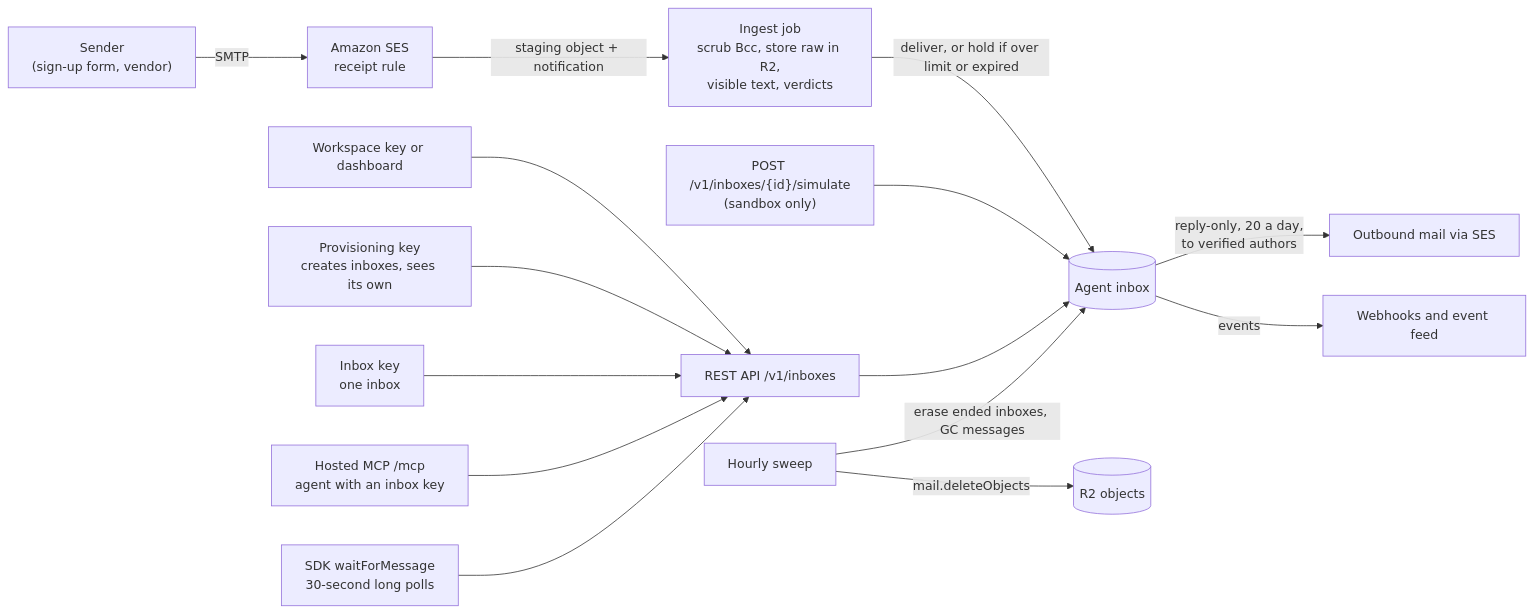
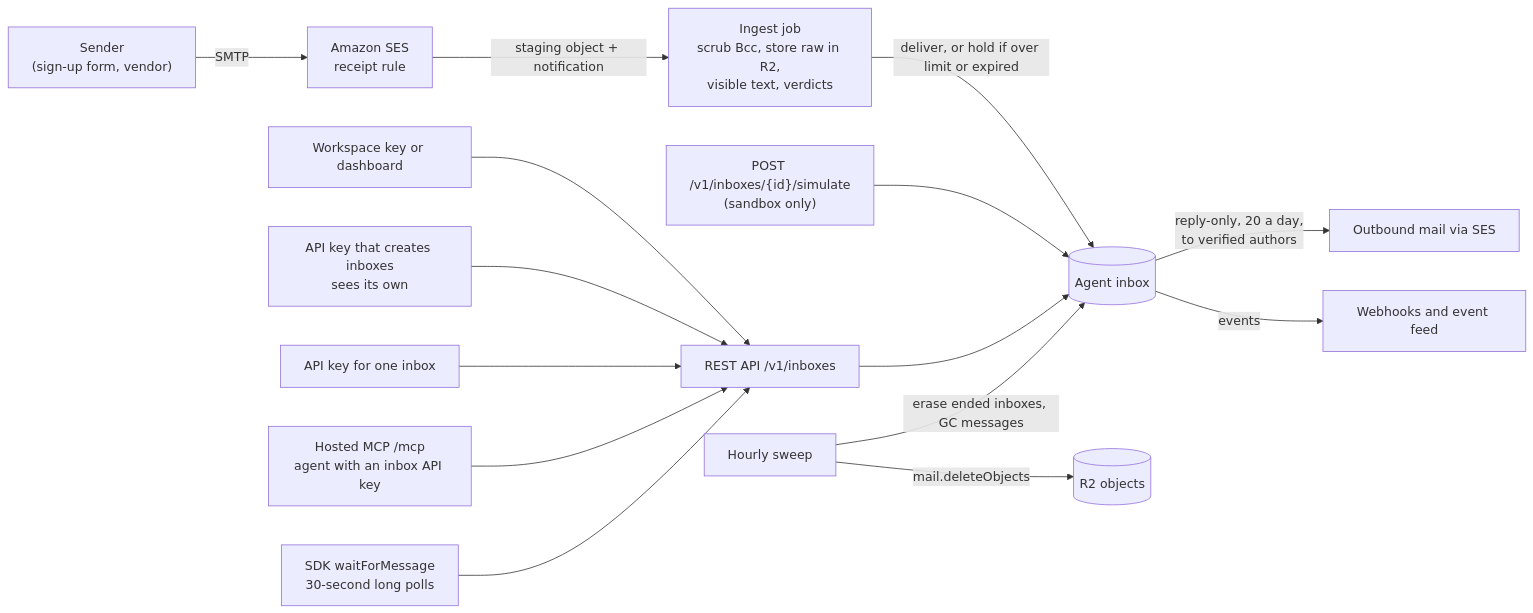
One commit to anomalyco/bane changed the second of 3 diagrams in docs/inboxes.md. Above: the diagram before and after it, drawn with Mermaid. The commit also changed other lines of this file and 9 other files, not shown here.

First line of the commit message:
Docs: three credentials (API key, agent token, app password) instead of inbound, inbox and provisioning keys

````diff
--- a/docs/inboxes.md
+++ b/docs/inboxes.md
@@ -46,17 +46,17 @@
 ```mermaid
 flowchart LR
   sender["Sender<br/>(sign-up form, vendor)"] -->|SMTP| ses["Amazon SES<br/>receipt rule"]
   ses -->|"staging object + notification"| ingest["Ingest job<br/>scrub Bcc, store raw in R2,<br/>visible text, verdicts"]
   ingest -->|"deliver, or hold if over limit or expired"| inbox[("Agent inbox")]
   sim["POST /v1/inboxes/{id}/simulate<br/>(sandbox only)"] --> inbox
   admin["Workspace key or dashboard"] --> api["REST API /v1/inboxes"]
-  prov["Provisioning key<br/>creates inboxes, sees its own"] --> api
-  ikey["Inbox key<br/>one inbox"] --> api
-  mcp["Hosted MCP /mcp<br/>agent with an inbox key"] --> api
+  prov["API key that creates inboxes<br/>sees its own"] --> api
+  ikey["API key for one inbox"] --> api
+  mcp["Hosted MCP /mcp<br/>agent with an inbox API key"] --> api
   sdk["SDK waitForMessage<br/>30-second long polls"] --> api
   api --> inbox
   inbox -->|"reply-only, 20 a day,<br/>to verified authors"| out["Outbound mail via SES"]
   inbox -->|events| hooks["Webhooks and event feed"]
   sweep["Hourly sweep"] -->|"erase ended inboxes, GC messages"| inbox
   sweep -->|"mail.deleteObjects"| r2[("R2 objects")]
 ```
````
